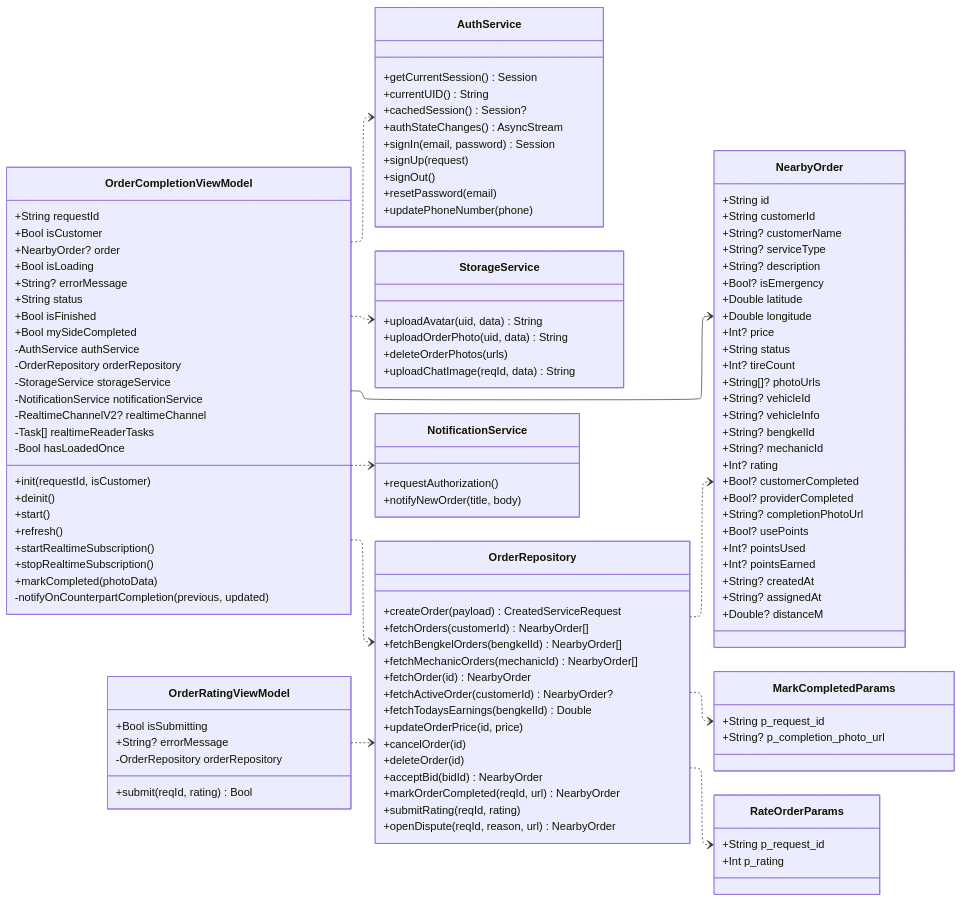
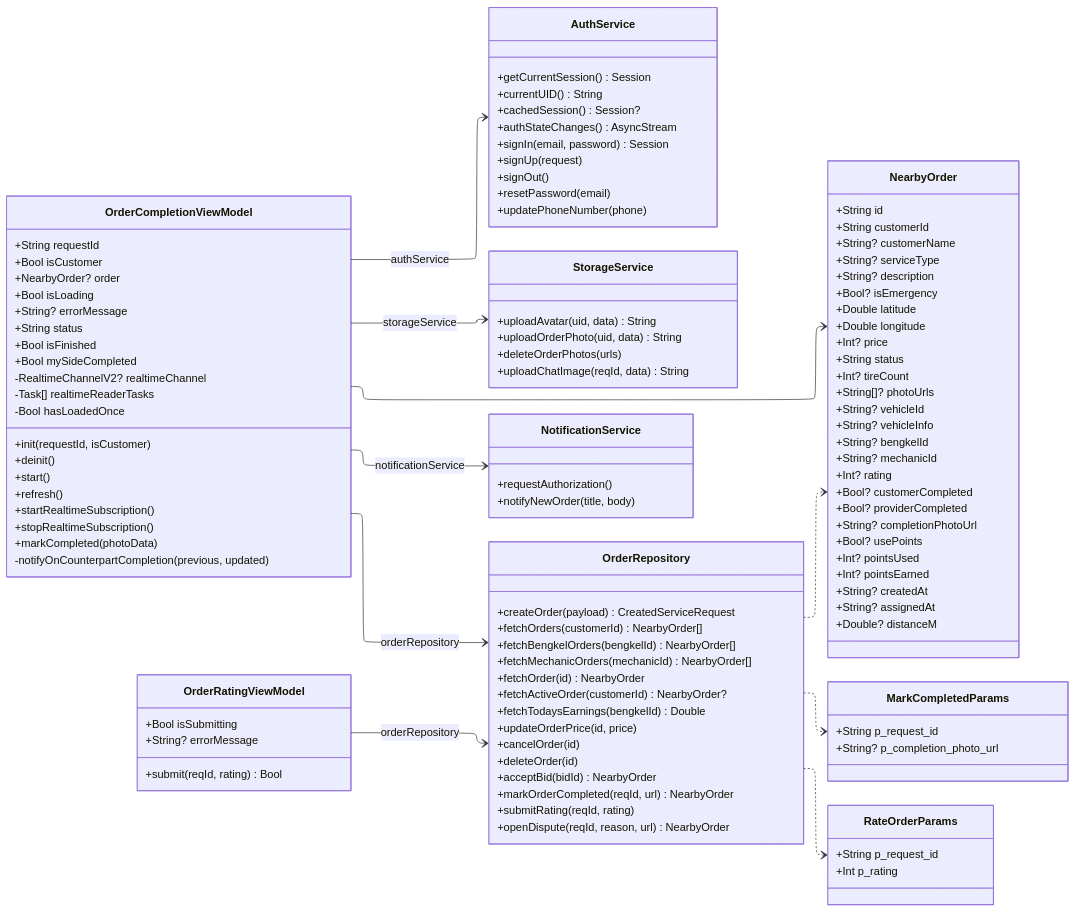
One commit to rei-soemanto/BengkelIn_SE changed the ninth of 12 diagrams in diagram/feature-class-diagrams.md. Above: the diagram before and after it, drawn with Mermaid. The commit also changed other lines of this file and 21 other files, not shown here.

Commit message:
more accurate class diagram

```diff
--- a/diagram/feature-class-diagrams.md
+++ b/diagram/feature-class-diagrams.md
@@ -1596,10 +1535,6 @@
         +String status
         +Bool isFinished
         +Bool mySideCompleted
-        -AuthService authService
-        -OrderRepository orderRepository
-        -StorageService storageService
-        -NotificationService notificationService
         -RealtimeChannelV2? realtimeChannel
         -Task[] realtimeReaderTasks
         -Bool hasLoadedOnce
@@ -1615,7 +1550,6 @@
     class OrderRatingViewModel {
         +Bool isSubmitting
         +String? errorMessage
-        -OrderRepository orderRepository
         +submit(reqId, rating) Bool
     }
     class MarkCompletedParams {
@@ -1627,12 +1561,12 @@
         +Int p_rating
     }
 
-    OrderCompletionViewModel ..> OrderRepository
-    OrderCompletionViewModel ..> StorageService
-    OrderCompletionViewModel ..> AuthService
-    OrderCompletionViewModel ..> NotificationService
+    OrderCompletionViewModel --> OrderRepository : orderRepository
+    OrderCompletionViewModel --> StorageService : storageService
+    OrderCompletionViewModel --> AuthService : authService
+    OrderCompletionViewModel --> NotificationService : notificationService
     OrderCompletionViewModel --> NearbyOrder
-    OrderRatingViewModel ..> OrderRepository
+    OrderRatingViewModel --> OrderRepository : orderRepository
     OrderRepository ..> MarkCompletedParams
     OrderRepository ..> RateOrderParams
     OrderRepository ..> NearbyOrder
```
